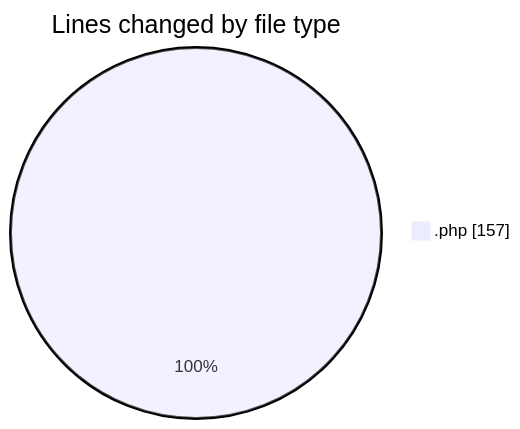
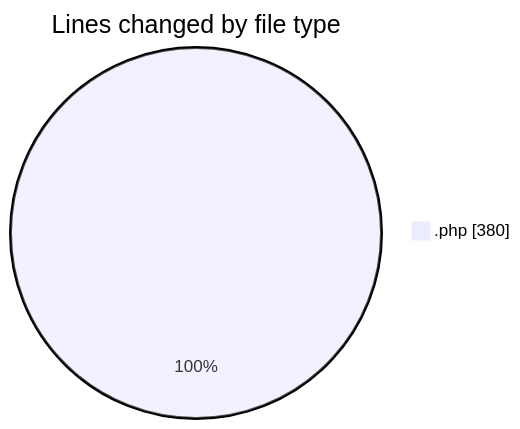
One commit to LanceThiago/code-tracking changed the first of 2 diagrams in 2026-06-24/web/README.md. Above: the diagram before and after it, drawn with Mermaid. The commit also changed other lines of this file and 1 other file, not shown here.

````diff
--- a/2026-06-24/web/README.md
+++ b/2026-06-24/web/README.md
@@ -21,5 +22,5 @@
 ```mermaid
 pie showData
 title Lines changed by file type
-".php" : 157
+".php" : 380
 ```
````
